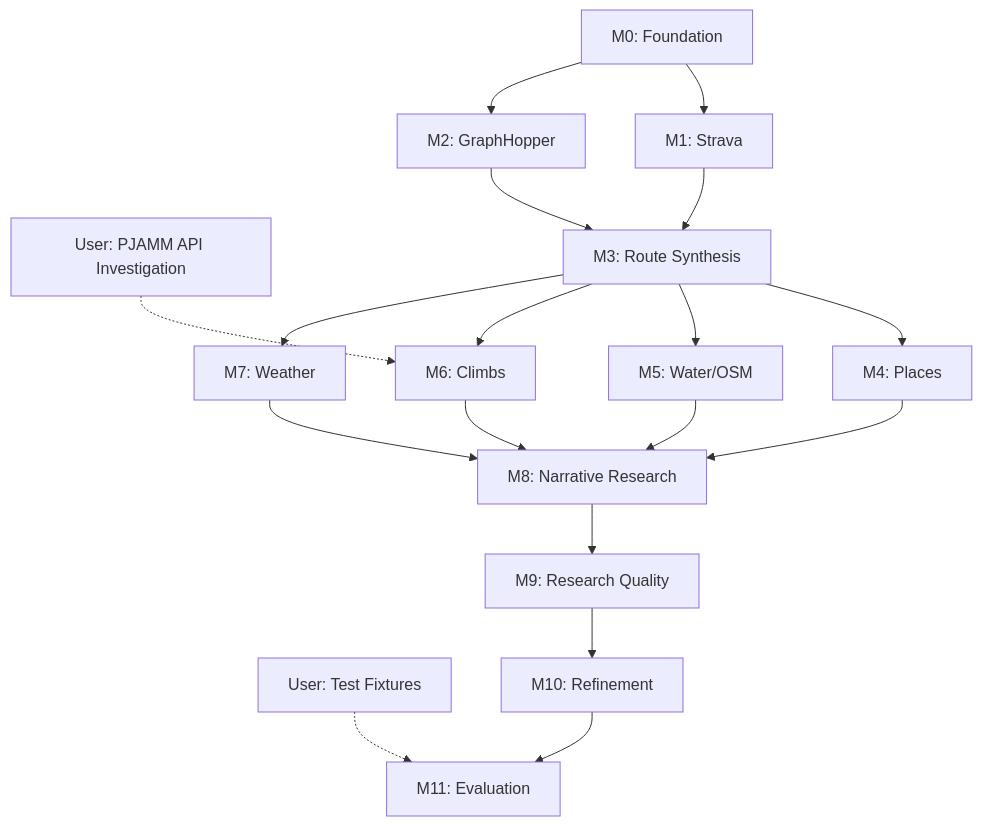
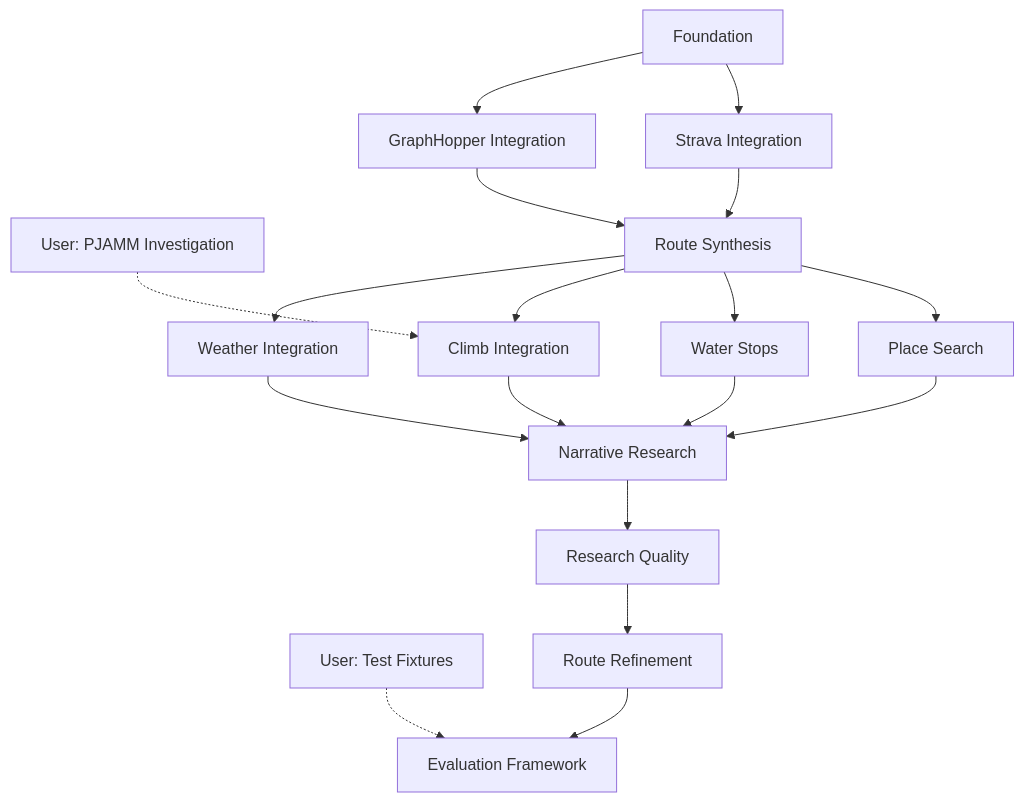
One commit to bendrucker/route-agent changed the diagram in specs/milestones.md. Above: the diagram before and after it, drawn with Mermaid. The commit also changed other lines of this file and 24 other files, not shown here.

````diff
--- a/specs/milestones.md
+++ b/specs/milestones.md
@@ -215,25 +233,25 @@
 ```mermaid
 graph TD
-    U1[User: Test Fixtures] -.-> M11
-    U2[User: PJAMM API Investigation] -.-> M6
+    U1[User: Test Fixtures] -.-> Eval[Evaluation Framework]
+    U2[User: PJAMM Investigation] -.-> Climb[Climb Integration]
 
-    M0[M0: Foundation] --> M1[M1: Strava]
-    M0 --> M2[M2: GraphHopper]
+    Found[Foundation] --> Strava[Strava Integration]
+    Found --> GH[GraphHopper Integration]
 
-    M1 --> M3[M3: Route Synthesis]
-    M2 --> M3
+    Strava --> Synth[Route Synthesis]
+    GH --> Synth
 
-    M3 --> M4[M4: Places]
-    M3 --> M5[M5: Water/OSM]
-    M3 --> M6[M6: Climbs]
-    M3 --> M7[M7: Weather]
+    Synth --> Places[Place Search]
+    Synth --> Water[Water Stops]
+    Synth --> Climb
+    Synth --> Weather[Weather Integration]
 
-    M4 --> M8[M8: Narrative Research]
-    M5 --> M8
-    M6 --> M8
-    M7 --> M8
+    Places --> Narr[Narrative Research]
+    Water --> Narr
+    Climb --> Narr
+    Weather --> Narr
 
-    M8 --> M9[M9: Research Quality]
-    M9 --> M10[M10: Refinement]
-    M10 --> M11[M11: Evaluation]
+    Narr --> Quality[Research Quality]
+    Quality --> Refine[Route Refinement]
+    Refine --> Eval
 ```
````
